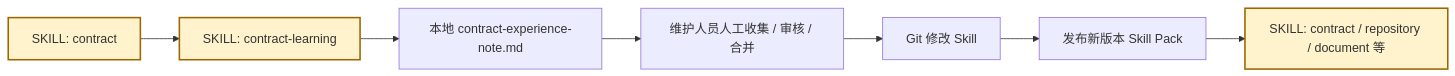
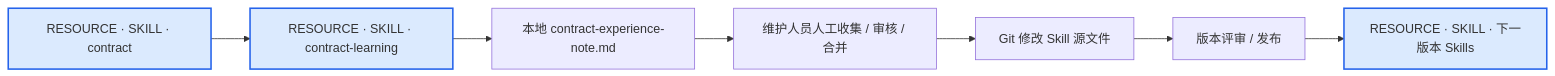
The fourth of 5 diagrams in docs/architecture/c4.md (Ri0n72Y/ContractBotConfig), drawn with Mermaid before and after one commit. The commit also changed other lines of this file, not shown here.

Commit message:
docs: simplify architecture diagrams and distinguish resources from runtime

````diff
--- a/docs/architecture/c4.md
+++ b/docs/architecture/c4.md
@@ -78,12 +77,12 @@
 ```mermaid
 flowchart LR
-    S["SKILL: contract"] --> L["SKILL: contract-learning"]
+    S[RESOURCE · SKILL · contract] --> L[RESOURCE · SKILL · contract-learning]
     L --> N[本地 contract-experience-note.md]
     N --> R[维护人员人工收集 / 审核 / 合并]
-    R --> G[Git 修改 Skill]
-    G --> P[发布新版本 Skill Pack]
-    P --> S2["SKILL: contract / repository / document 等"]
+    R --> G[Git 修改 Skill 源文件]
+    G --> P[版本评审 / 发布]
+    P --> S2[RESOURCE · SKILL · 下一版本 Skills]
 
-    classDef skill fill:#fff3cd,stroke:#9a6700,stroke-width:2px;
-    class S,L,S2 skill;
+    classDef resource fill:#dbeafe,stroke:#2563eb,stroke-width:2px;
+    class S,L,S2 resource;
 ```
````
